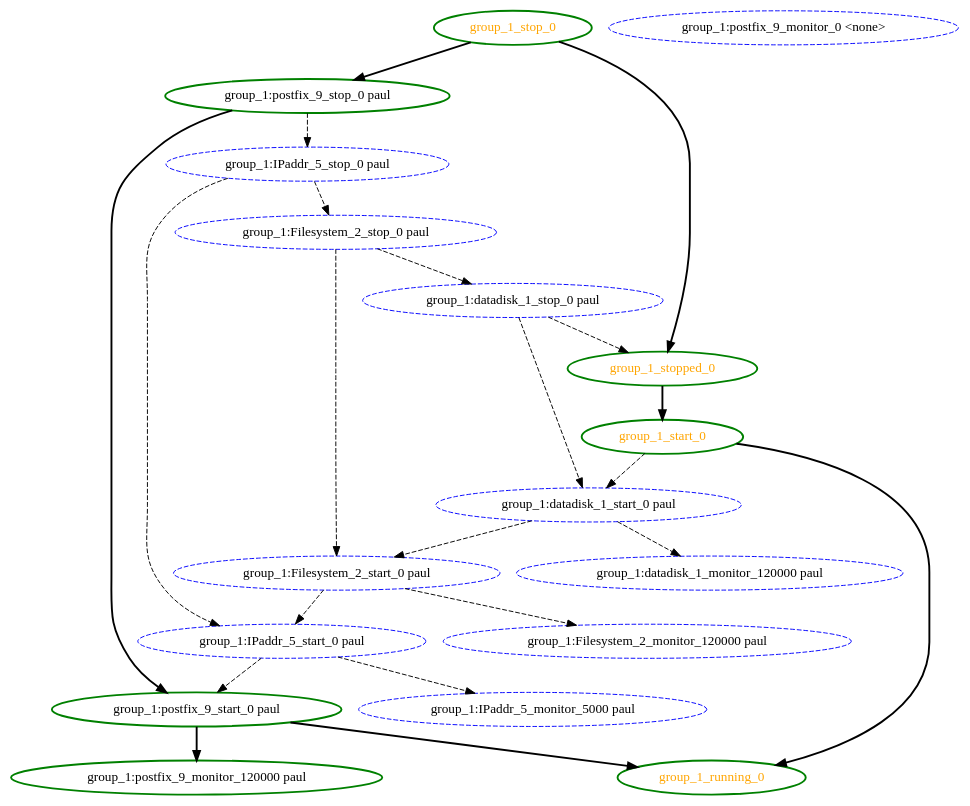
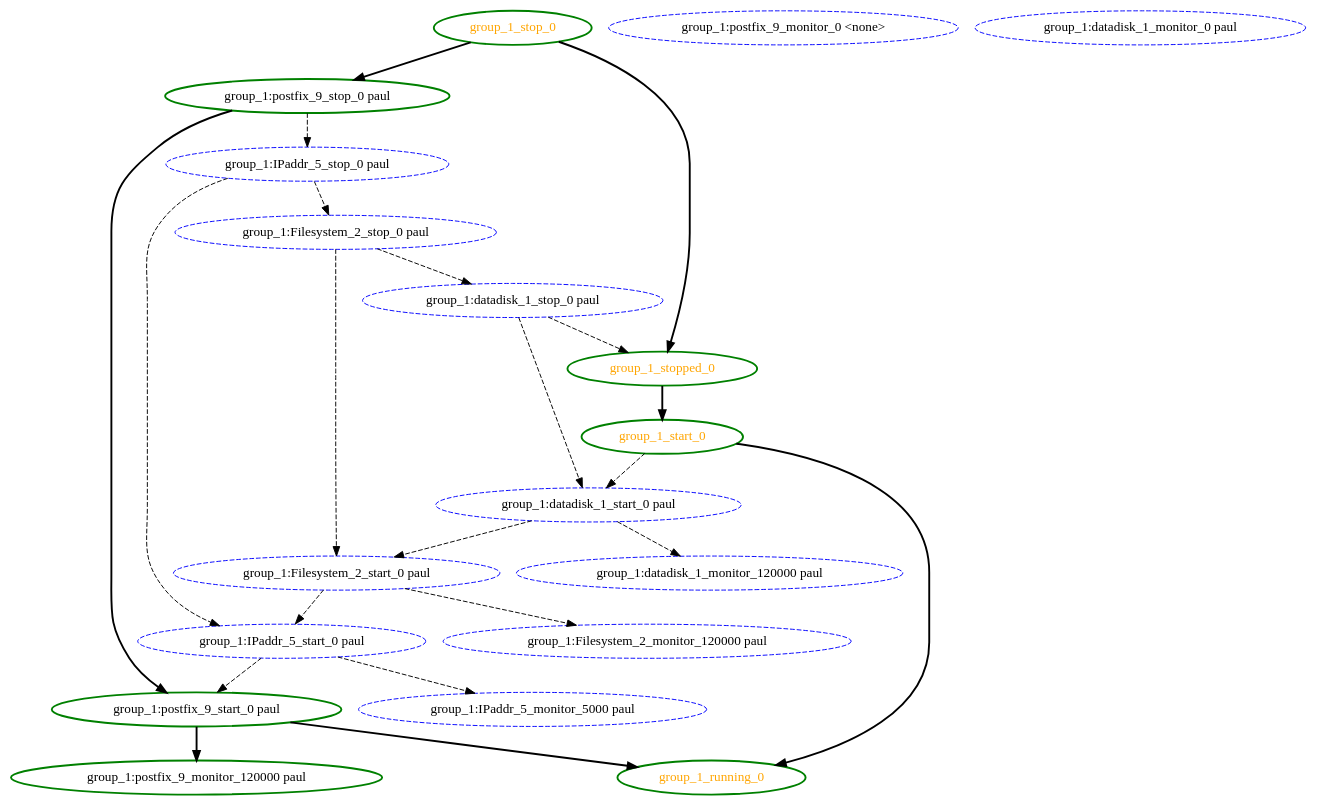
Before and after one commit to richiewen8/heartbeat: the diagram in crm/pengine/testcases/994.dot, drawn with Graphviz. The commit also changed 16 other files, not shown here.

```diff
--- a/crm/pengine/testcases/994.dot
+++ b/crm/pengine/testcases/994.dot
@@ -1,41 +1,42 @@
 digraph "g" {
 	size = "30,30"
 "group_1:Filesystem_2_monitor_120000 paul" [ style="dashed" color="blue" fontcolor="black" ]
 "group_1:postfix_9_monitor_0 <none>" [ style="dashed" color="blue" fontcolor="black" ]
 "group_1:postfix_9_monitor_120000 paul" [ style=bold color="green" fontcolor="black" ]
 "group_1:postfix_9_stop_0 paul" [ style=bold color="green" fontcolor="black" ]
+"group_1:datadisk_1_monitor_0 paul" [ style="dashed" color="blue" fontcolor="black" ]
 "group_1:datadisk_1_monitor_120000 paul" [ style="dashed" color="blue" fontcolor="black" ]
 "group_1:IPaddr_5_monitor_5000 paul" [ style="dashed" color="blue" fontcolor="black" ]
 "group_1:datadisk_1_stop_0 paul" [ style="dashed" color="blue" fontcolor="black" ]
 "group_1:datadisk_1_start_0 paul" [ style="dashed" color="blue" fontcolor="black" ]
 "group_1:Filesystem_2_stop_0 paul" [ style="dashed" color="blue" fontcolor="black" ]
 "group_1:Filesystem_2_start_0 paul" [ style="dashed" color="blue" fontcolor="black" ]
 "group_1:IPaddr_5_stop_0 paul" [ style="dashed" color="blue" fontcolor="black" ]
 "group_1:IPaddr_5_start_0 paul" [ style="dashed" color="blue" fontcolor="black" ]
 "group_1:postfix_9_start_0 paul" [ style=bold color="green" fontcolor="black" ]
 "group_1_start_0" [ style=bold color="green" fontcolor="orange" ]
 "group_1_running_0" [ style=bold color="green" fontcolor="orange" ]
 "group_1_stop_0" [ style=bold color="green" fontcolor="orange" ]
 "group_1_stopped_0" [ style=bold color="green" fontcolor="orange" ]
 "group_1:Filesystem_2_start_0 paul" -> "group_1:Filesystem_2_monitor_120000 paul" [ style = dashed]
 "group_1:postfix_9_start_0 paul" -> "group_1:postfix_9_monitor_120000 paul" [ style = bold]
 "group_1_stop_0" -> "group_1:postfix_9_stop_0 paul" [ style = bold]
 "group_1:datadisk_1_start_0 paul" -> "group_1:datadisk_1_monitor_120000 paul" [ style = dashed]
 "group_1:IPaddr_5_start_0 paul" -> "group_1:IPaddr_5_monitor_5000 paul" [ style = dashed]
 "group_1:Filesystem_2_stop_0 paul" -> "group_1:datadisk_1_stop_0 paul" [ style = dashed]
 "group_1:datadisk_1_stop_0 paul" -> "group_1:datadisk_1_start_0 paul" [ style = dashed]
 "group_1_start_0" -> "group_1:datadisk_1_start_0 paul" [ style = dashed]
 "group_1:IPaddr_5_stop_0 paul" -> "group_1:Filesystem_2_stop_0 paul" [ style = dashed]
 "group_1:Filesystem_2_stop_0 paul" -> "group_1:Filesystem_2_start_0 paul" [ style = dashed]
 "group_1:datadisk_1_start_0 paul" -> "group_1:Filesystem_2_start_0 paul" [ style = dashed]
 "group_1:postfix_9_stop_0 paul" -> "group_1:IPaddr_5_stop_0 paul" [ style = dashed]
 "group_1:IPaddr_5_stop_0 paul" -> "group_1:IPaddr_5_start_0 paul" [ style = dashed]
 "group_1:Filesystem_2_start_0 paul" -> "group_1:IPaddr_5_start_0 paul" [ style = dashed]
 "group_1:postfix_9_stop_0 paul" -> "group_1:postfix_9_start_0 paul" [ style = bold]
 "group_1:IPaddr_5_start_0 paul" -> "group_1:postfix_9_start_0 paul" [ style = dashed]
 "group_1_stopped_0" -> "group_1_start_0" [ style = bold]
 "group_1:postfix_9_start_0 paul" -> "group_1_running_0" [ style = bold]
 "group_1_start_0" -> "group_1_running_0" [ style = bold]
 "group_1:datadisk_1_stop_0 paul" -> "group_1_stopped_0" [ style = dashed]
 "group_1_stop_0" -> "group_1_stopped_0" [ style = bold]
 }
```
